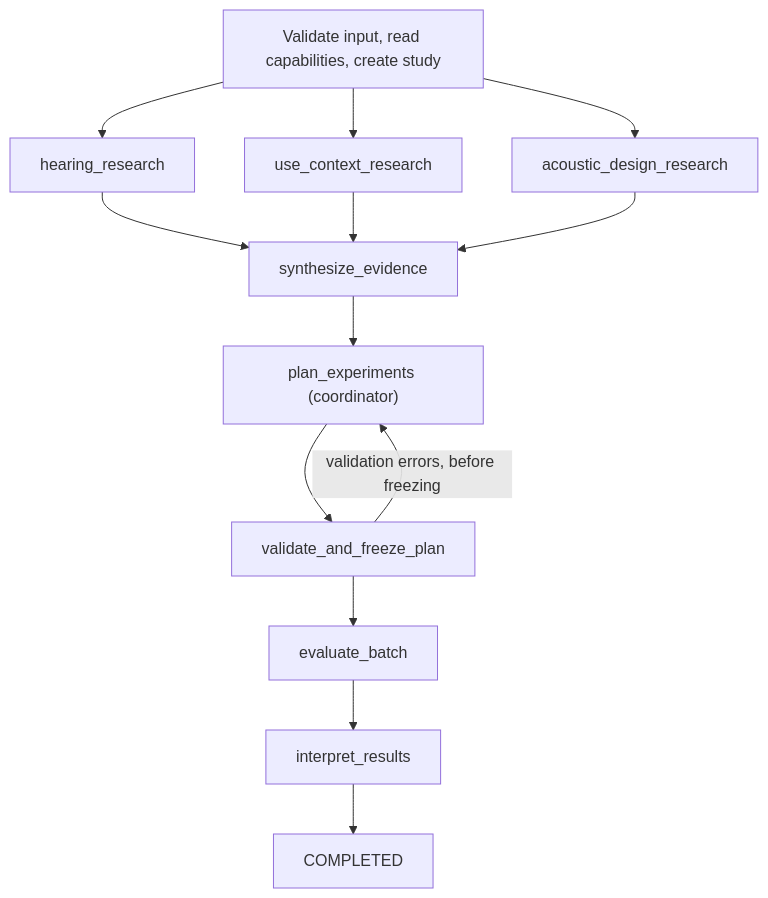
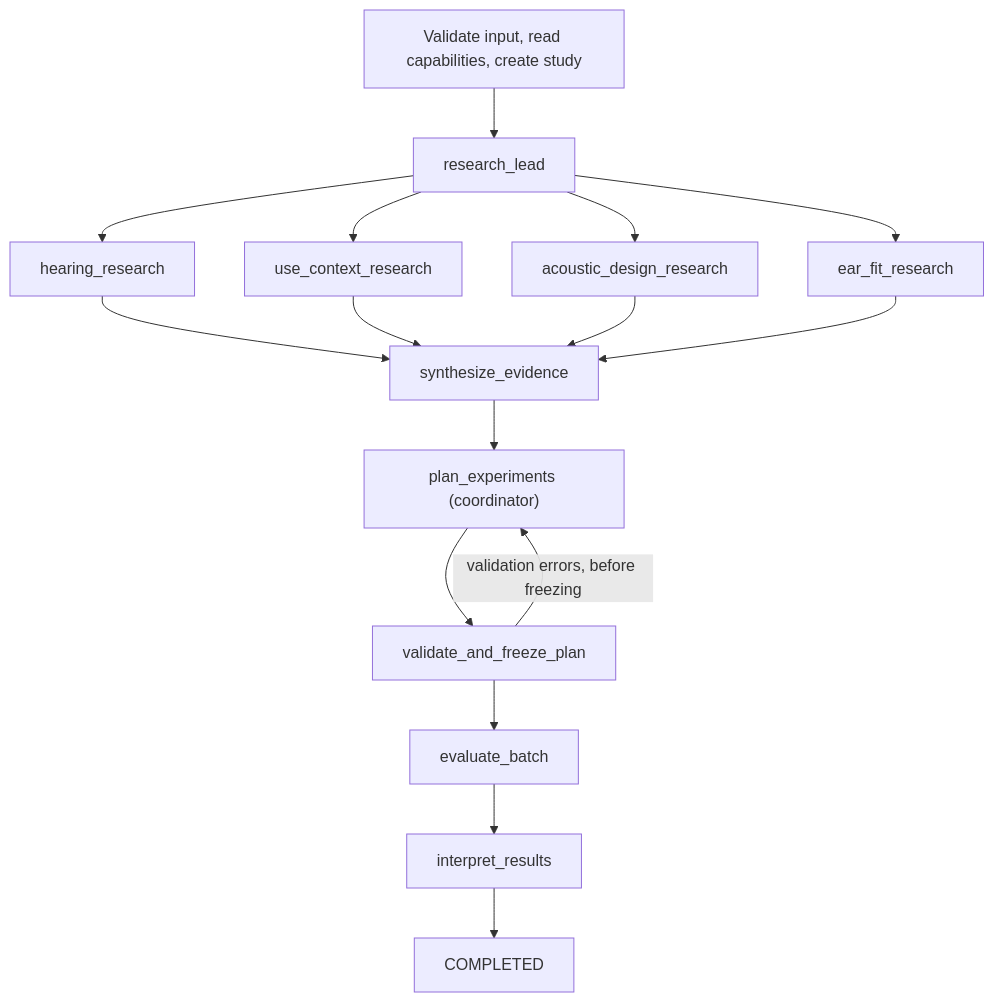
One commit to MarcDasilva/HackPrincetonFall2026 changed the diagram in agents/README.md. Above: the diagram before and after it, drawn with Mermaid. The commit also changed other lines of this file and 1 other file, not shown here.

Commit message:
docs(agent-harness): describe the research lead and its investigator subagents

````diff
--- a/agents/README.md
+++ b/agents/README.md
@@ -35,16 +35,19 @@
 ```mermaid
 flowchart TD
     I["Validate input, read capabilities, create study"]
-    I --> H["hearing_research"]
-    I --> U["use_context_research"]
-    I --> A["acoustic_design_research"]
+    I --> L["research_lead"]
+    L --> H["hearing_research"]
+    L --> U["use_context_research"]
+    L --> A["acoustic_design_research"]
+    L --> F["ear_fit_research"]
     H --> S["synthesize_evidence"]
     U --> S
     A --> S
+    F --> S
     S --> P["plan_experiments (coordinator)"]
     P --> V["validate_and_freeze_plan"]
     V -- "validation errors, before freezing" --> P
     V --> E["evaluate_batch"]
     E --> R["interpret_results"]
     R --> D["COMPLETED"]
 ```
````
